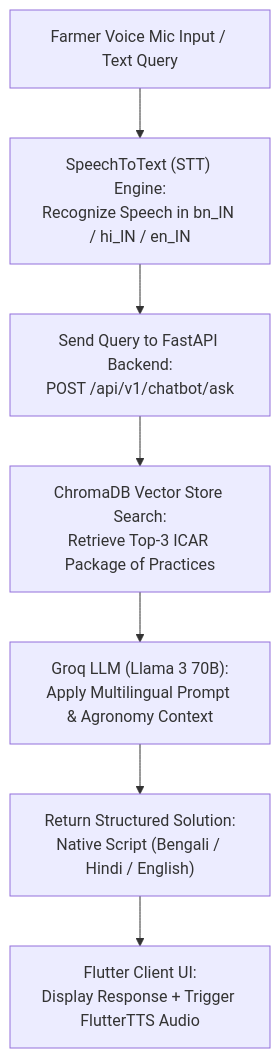
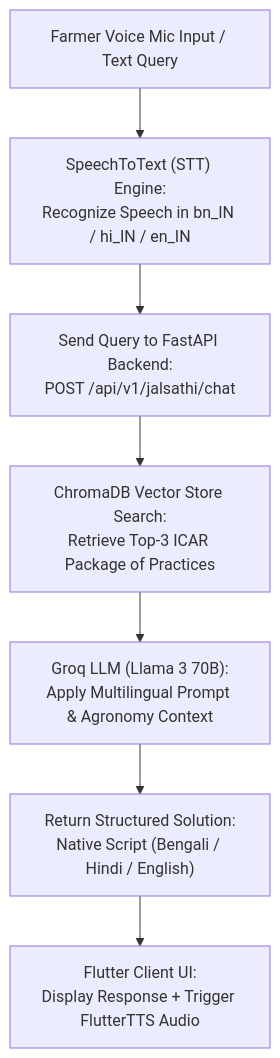
The third of 4 diagrams in MASTER_PROJECT_DOCUMENTATION.md (arpanpramanik2003/JalDrishti-AI), drawn with Mermaid before and after one commit. The commit also changed other lines of this file, not shown here.

````diff
--- a/MASTER_PROJECT_DOCUMENTATION.md
+++ b/MASTER_PROJECT_DOCUMENTATION.md
@@ -327,9 +324,9 @@
 ```mermaid
 graph TD
     A["Farmer Voice Mic Input / Text Query"] --> B["SpeechToText (STT) Engine:<br/>Recognize Speech in bn_IN / hi_IN / en_IN"]
-    B --> C["Send Query to FastAPI Backend:<br/>POST /api/v1/chatbot/ask"]
+    B --> C["Send Query to FastAPI Backend:<br/>POST /api/v1/jalsathi/chat"]
     C --> D["ChromaDB Vector Store Search:<br/>Retrieve Top-3 ICAR Package of Practices"]
     D --> E["Groq LLM (Llama 3 70B):<br/>Apply Multilingual Prompt & Agronomy Context"]
     E --> F["Return Structured Solution:<br/>Native Script (Bengali / Hindi / English)"]
     F --> G["Flutter Client UI:<br/>Display Response + Trigger FlutterTTS Audio"]
 ```
````
